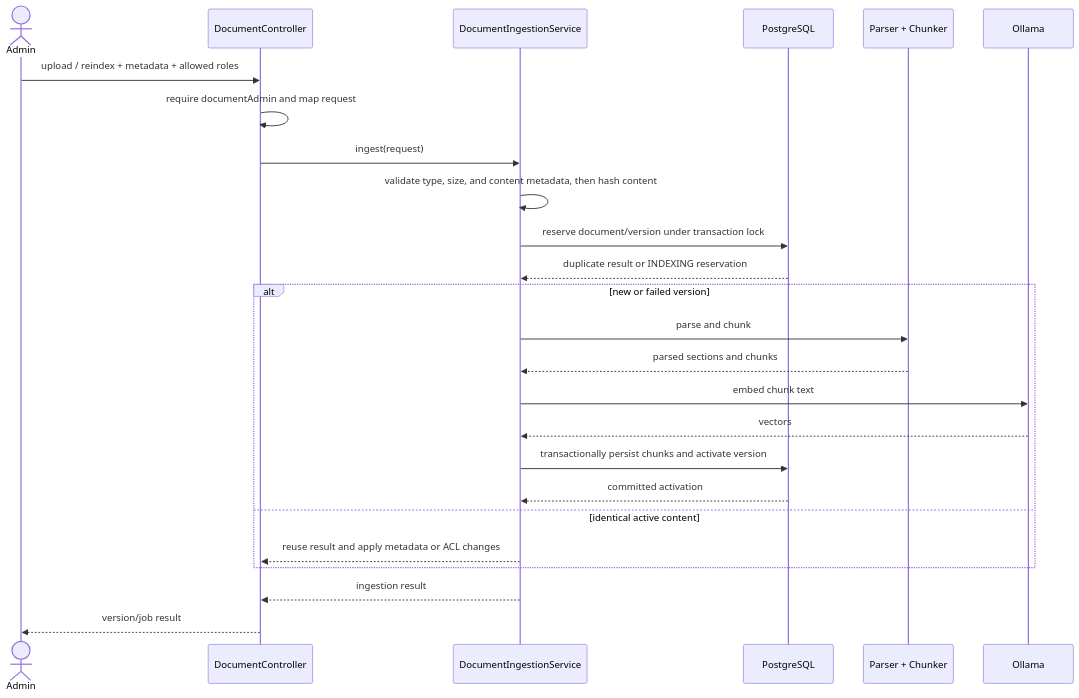
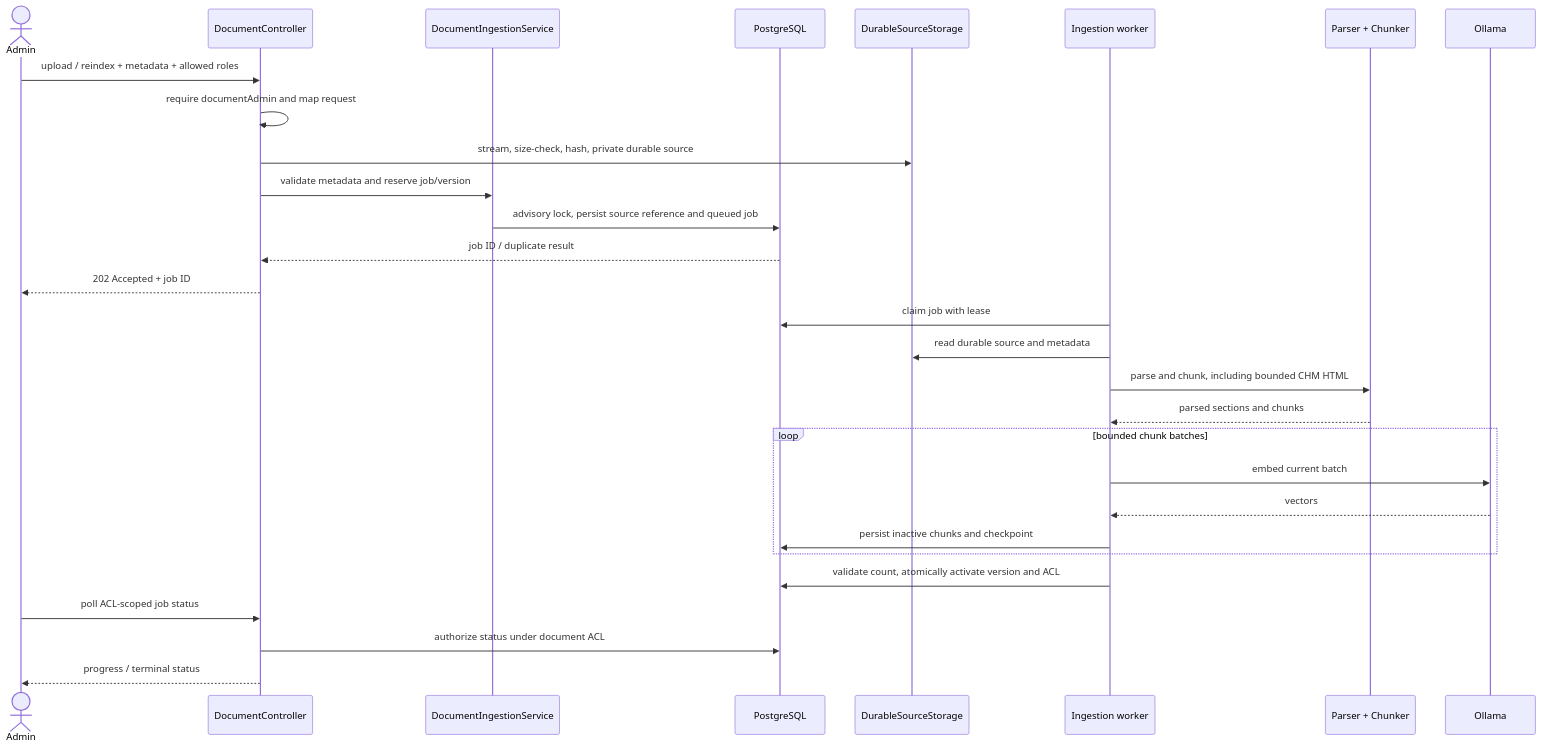
One commit to chen3862000-coder/enterprise-rag-assistant changed the third of 4 diagrams in docs/ddd-system-design.md. Above: the diagram before and after it, drawn with Mermaid. The commit also changed other lines of this file and 98 other files, not shown here.

````diff
--- a/docs/ddd-system-design.md
+++ b/docs/ddd-system-design.md
@@ -143,28 +155,32 @@
 ```mermaid
 sequenceDiagram
     actor Admin
     participant API as DocumentController
     participant App as DocumentIngestionService
     participant DB as PostgreSQL
+    participant Store as DurableSourceStorage
+    participant Worker as Ingestion worker
     participant Parser as Parser + Chunker
     participant Embed as Ollama
 
     Admin->>API: upload / reindex + metadata + allowed roles
     API->>API: require documentAdmin and map request
-    API->>App: ingest(request)
-    App->>App: validate type, size, and content metadata, then hash content
-    App->>DB: reserve document/version under transaction lock
-    DB-->>App: duplicate result or INDEXING reservation
-    alt new or failed version
-        App->>Parser: parse and chunk
-        Parser-->>App: parsed sections and chunks
-        App->>Embed: embed chunk text
-        Embed-->>App: vectors
-        App->>DB: transactionally persist chunks and activate version
-        DB-->>App: committed activation
-    else identical active content
-        App-->>API: reuse result and apply metadata or ACL changes
+    API->>Store: stream, size-check, hash, private durable source
+    API->>App: validate metadata and reserve job/version
+    App->>DB: advisory lock, persist source reference and queued job
+    DB-->>API: job ID / duplicate result
+    API-->>Admin: 202 Accepted + job ID
+    Worker->>DB: claim job with lease
+    Worker->>Store: read durable source and metadata
+    Worker->>Parser: parse and chunk, including bounded CHM HTML
+    Parser-->>Worker: parsed sections and chunks
+    loop bounded chunk batches
+        Worker->>Embed: embed current batch
+        Embed-->>Worker: vectors
+        Worker->>DB: persist inactive chunks and checkpoint
     end
-    App-->>API: ingestion result
-    API-->>Admin: version/job result
+    Worker->>DB: validate count, atomically activate version and ACL
+    Admin->>API: poll ACL-scoped job status
+    API->>DB: authorize status under document ACL
+    API-->>Admin: progress / terminal status
 ```
````
